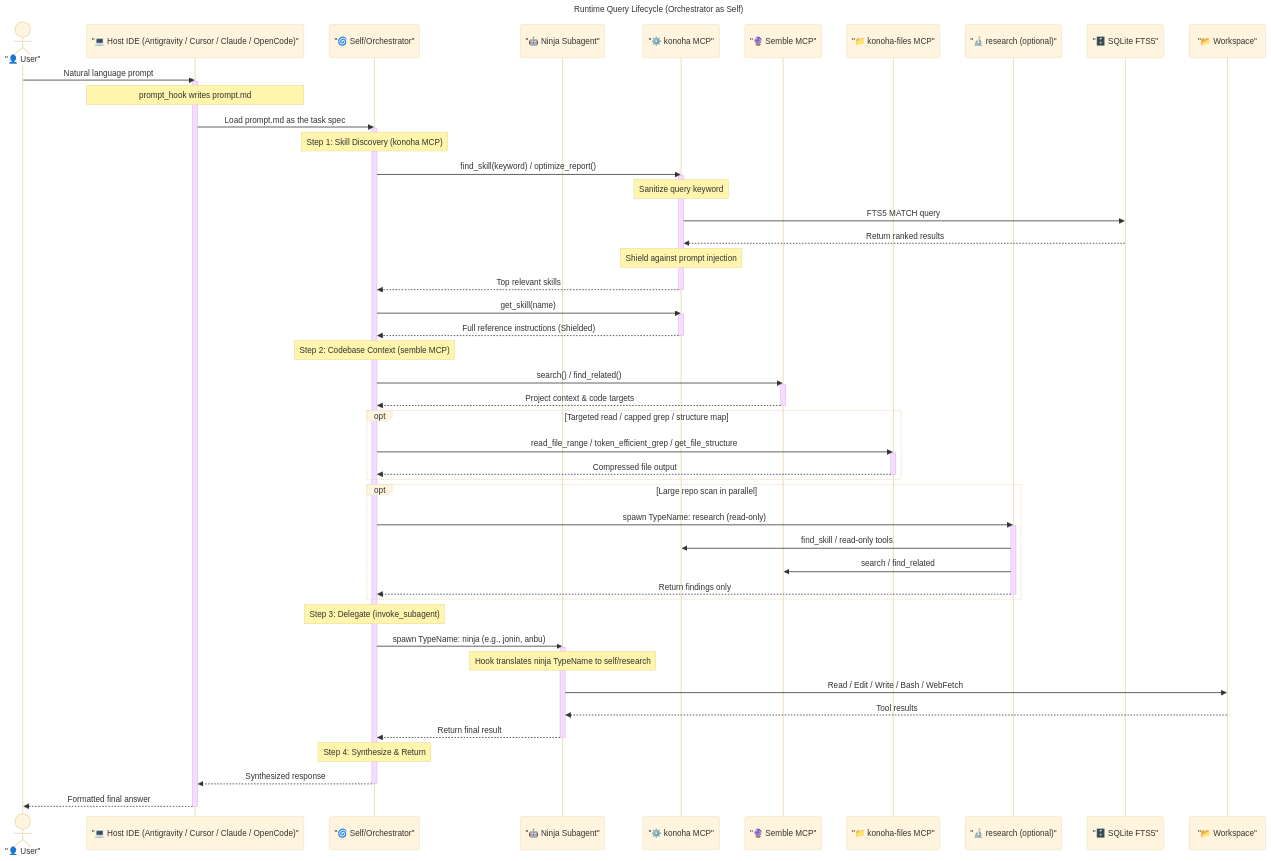
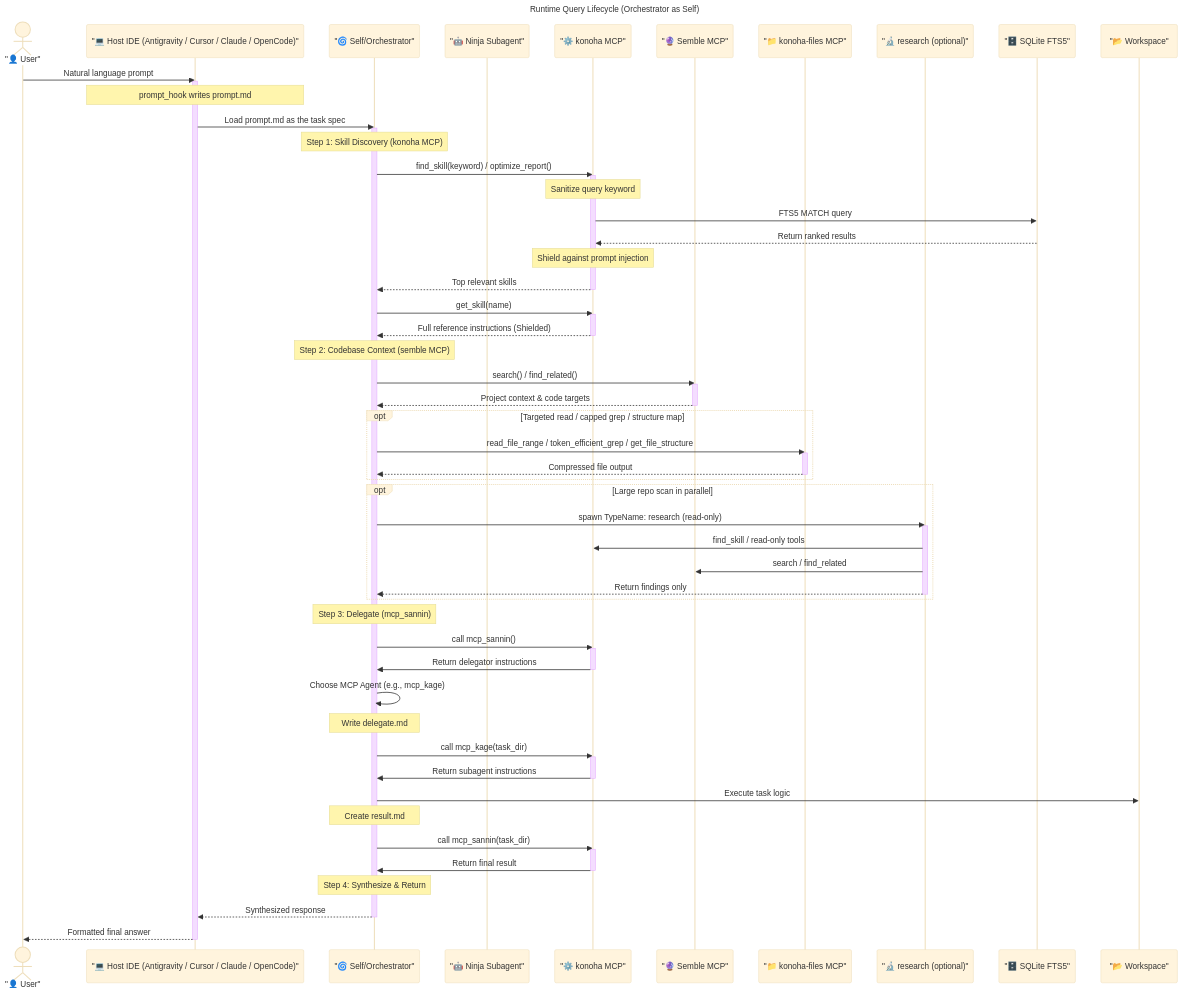
One commit to andycungkrinx91/konoha changed the second of 2 diagrams in docs/ARCHITECTURE.md. Above: the diagram before and after it, drawn with Mermaid (base theme). The commit also changed other lines of this file and 192 other files, not shown here.

```diff
--- a/docs/ARCHITECTURE.md
+++ b/docs/ARCHITECTURE.md
@@ -175,14 +175,25 @@
     end
 
     %% --- Execution Phase ---
-    Note over Orchestrator: Step 3: Delegate (invoke_subagent)
-    Orchestrator->>Subagent: spawn TypeName: ninja (e.g., jonin, anbu)
-    activate Subagent
-    Note over Subagent: Hook translates ninja TypeName to self/research
-    Subagent->>Codebase: Read / Edit / Write / Bash / WebFetch
-    Codebase-->>Subagent: Tool results
-    Subagent-->>Orchestrator: Return final result
-    deactivate Subagent
+    Note over Orchestrator: Step 3: Delegate (mcp_sannin)
+    Orchestrator->>KonohaMCP: call mcp_sannin()
+    activate KonohaMCP
+    KonohaMCP->>Orchestrator: Return delegator instructions
+    deactivate KonohaMCP
+    
+    Orchestrator->>Orchestrator: Choose MCP Agent (e.g., mcp_kage)
+    Note over Orchestrator: Write delegate.md
+    Orchestrator->>KonohaMCP: call mcp_kage(task_dir)
+    activate KonohaMCP
+    KonohaMCP->>Orchestrator: Return subagent instructions
+    deactivate KonohaMCP
+    
+    Orchestrator->>Codebase: Execute task logic
+    Note over Orchestrator: Create result.md
+    Orchestrator->>KonohaMCP: call mcp_sannin(task_dir)
+    activate KonohaMCP
+    KonohaMCP->>Orchestrator: Return final result
+    deactivate KonohaMCP
 
     %% --- Response Phase ---
     Note over Orchestrator: Step 4: Synthesize & Return
```
